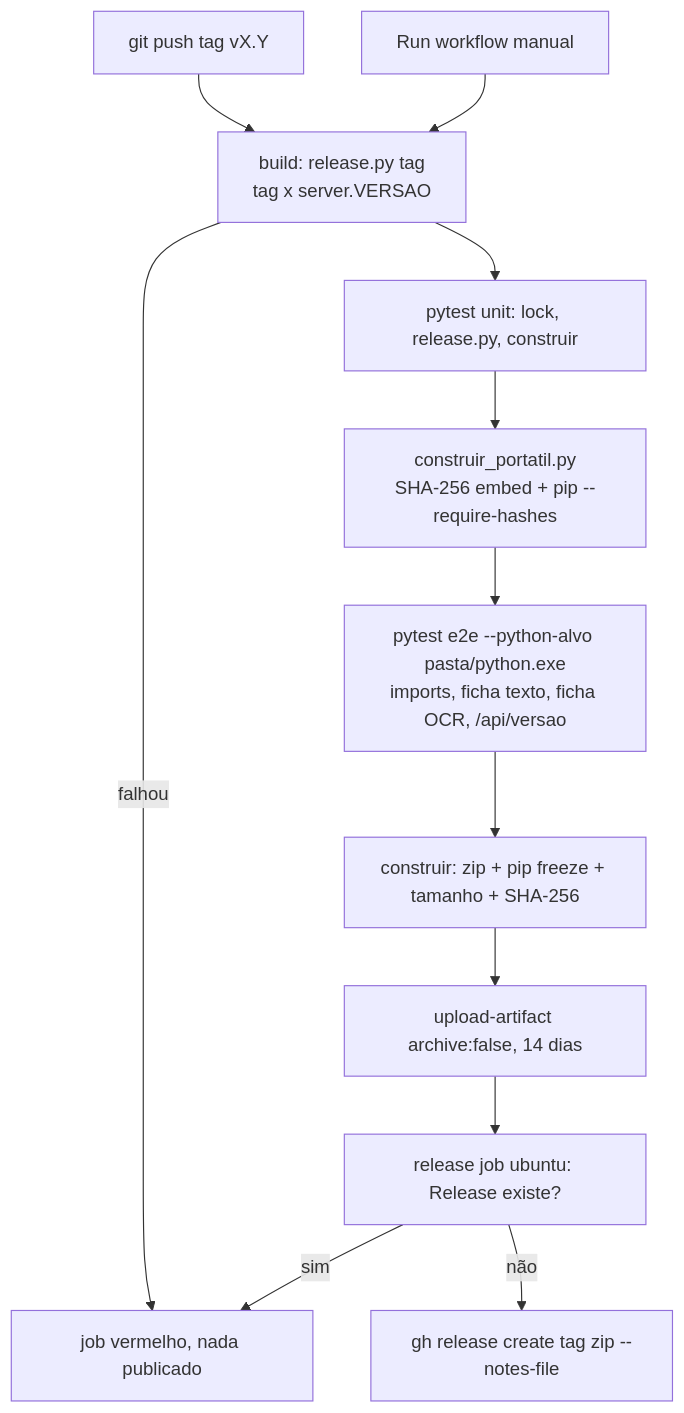
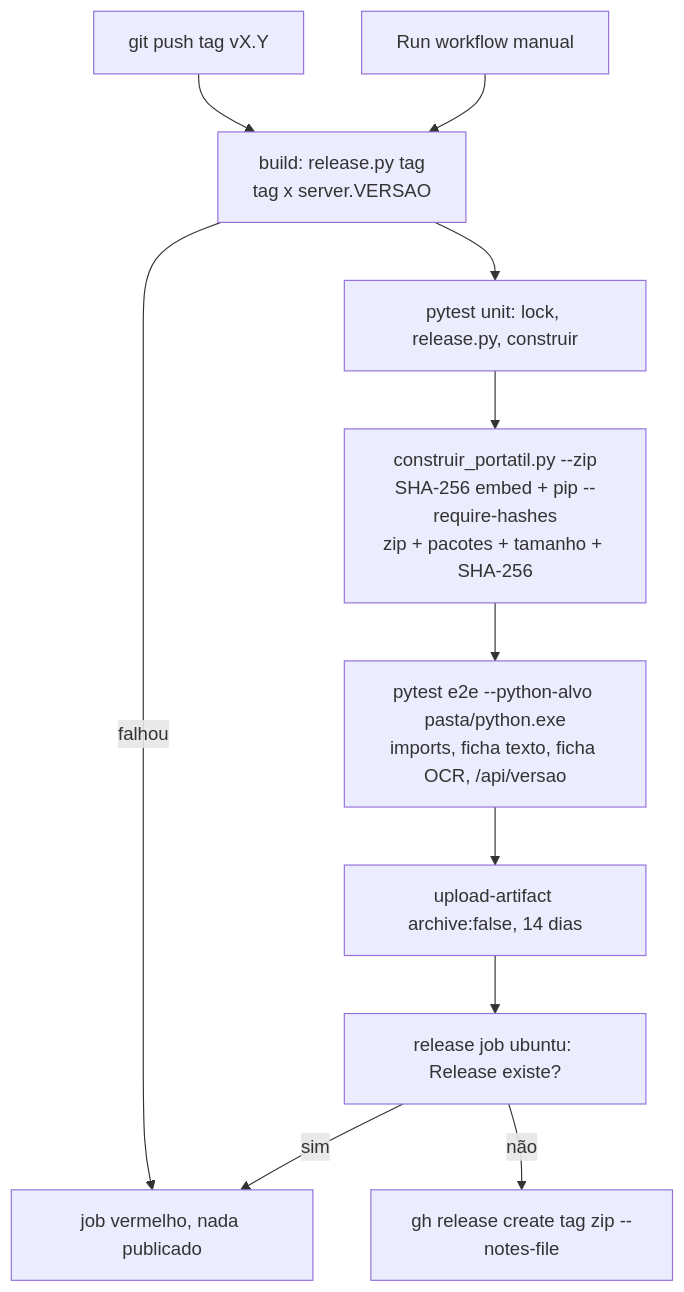
The diagram in .specs/features/build-windows/design.md (Fluix-Solutions/conversor-ficha-financeira), drawn with Mermaid before and after one commit. The commit also changed other lines of this file and 4 other files, not shown here.

Commit message:
build(windows): zip the portable folder and log packages, size and sha256

````diff
--- a/.specs/features/build-windows/design.md
+++ b/.specs/features/build-windows/design.md
@@ -14,14 +14,13 @@
 ```mermaid
 graph TD
     T[git push tag vX.Y] --> P
     D[Run workflow manual] --> P
     P[build: release.py tag<br/>tag x server.VERSAO] -->|falhou| X[job vermelho, nada publicado]
     P --> U[pytest unit: lock, release.py, construir]
-    U --> B[construir_portatil.py<br/>SHA-256 embed + pip --require-hashes]
+    U --> B[construir_portatil.py --zip<br/>SHA-256 embed + pip --require-hashes<br/>zip + pacotes + tamanho + SHA-256]
     B --> V[pytest e2e --python-alvo pasta/python.exe<br/>imports, ficha texto, ficha OCR, /api/versao]
-    V --> Z[construir: zip + pip freeze + tamanho + SHA-256]
-    Z --> A[upload-artifact archive:false, 14 dias]
+    V --> A[upload-artifact archive:false, 14 dias]
     A --> R[release job ubuntu: Release existe?]
     R -->|sim| X
     R -->|não| G[gh release create tag zip --notes-file]
 ```
````
